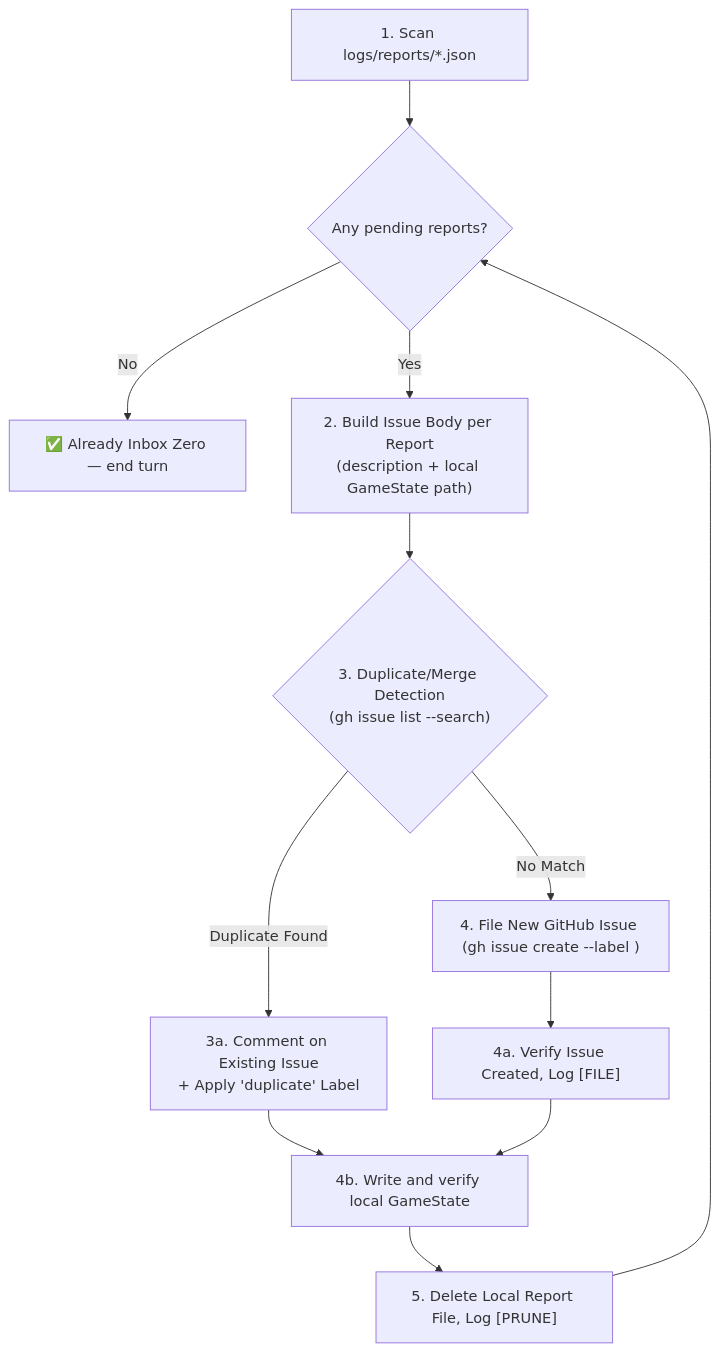
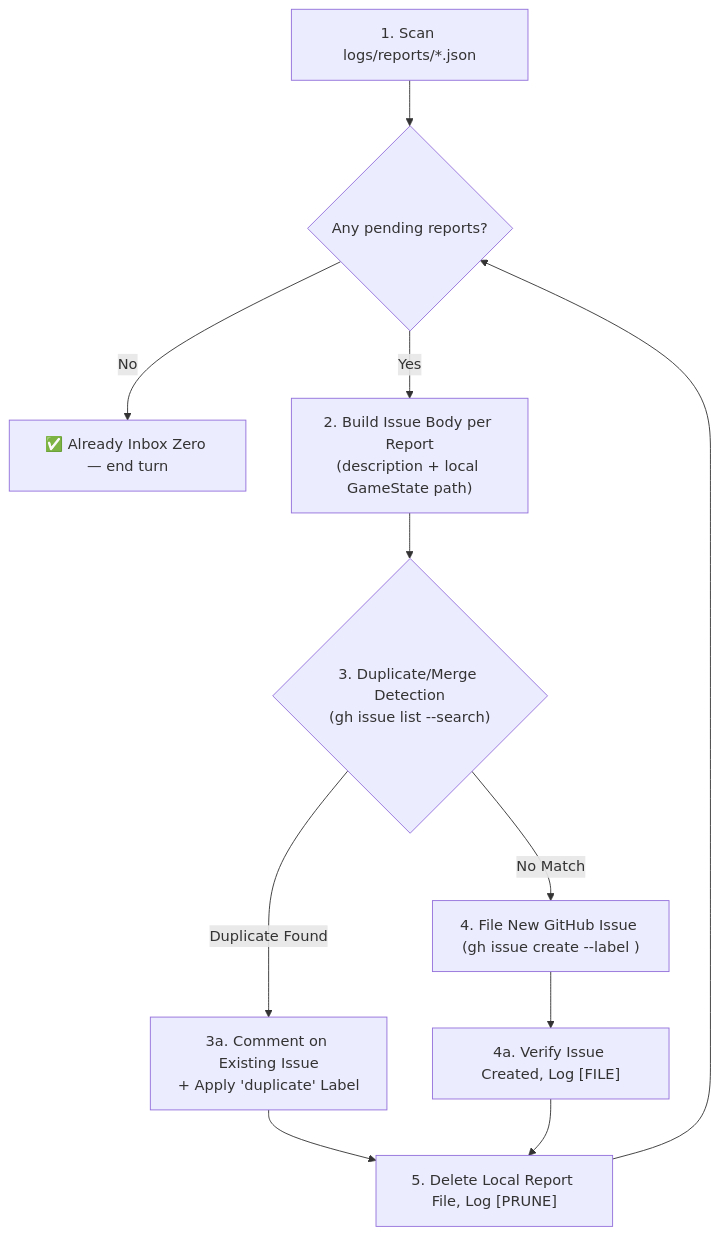
One commit to SteveRodrigue/MCD changed the diagram in .agents/skills/problem-report-triage/SKILL.md. Above: the diagram before and after it, drawn with Mermaid. The commit also changed other lines of this file and 9 other files, not shown here.

First line of the commit message:
fix(tooling): Pin the GameState of each problem report outside the rolling history

````diff
--- a/.agents/skills/problem-report-triage/SKILL.md
+++ b/.agents/skills/problem-report-triage/SKILL.md
@@ -49,14 +49,13 @@
 ```mermaid
 flowchart TD
     S1["1. Scan logs/reports/*.json"] --> S2{"Any pending reports?"}
     S2 -- "No" --> DONE["✅ Already Inbox Zero — end turn"]
     S2 -- "Yes" --> S3["2. Build Issue Body per Report<br/>(description + local GameState path)"]
     S3 --> S3B{"3. Duplicate/Merge Detection<br/>(gh issue list --search)"}
     S3B -- "Duplicate Found" --> M1["3a. Comment on Existing Issue<br/>+ Apply 'duplicate' Label"]
-    M1 --> S4B["4b. Write and verify local GameState"]
+    M1 --> S6["5. Delete Local Report File, Log [PRUNE]"]
     S3B -- "No Match" --> S4["4. File New GitHub Issue (gh issue create --label <labels>)"]
     S4 --> S5["4a. Verify Issue Created, Log [FILE]"]
-    S5 --> S4B
-    S4B --> S6["5. Delete Local Report File, Log [PRUNE]"]
+    S5 --> S6
     S6 --> S2
 ```
````
